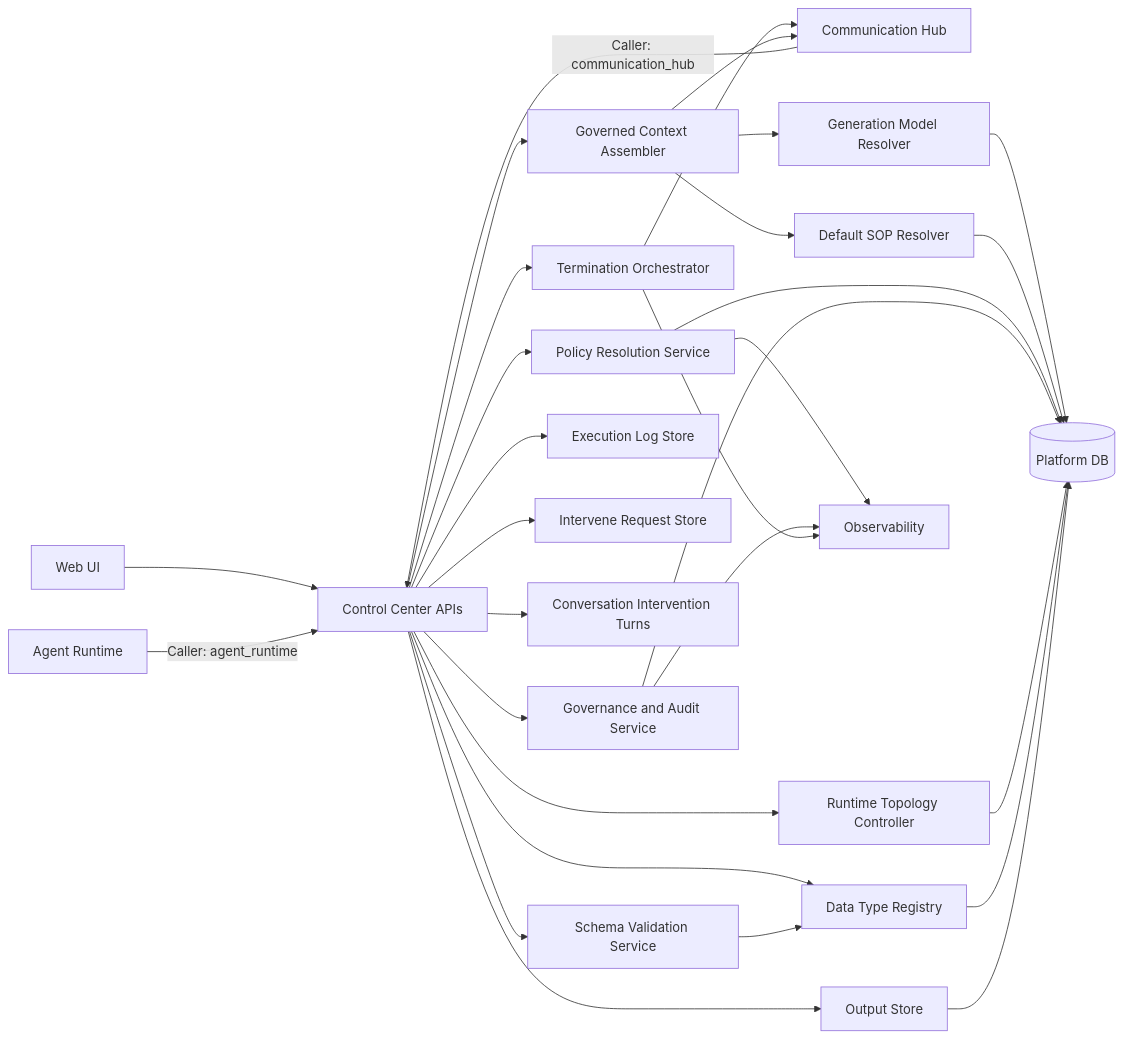
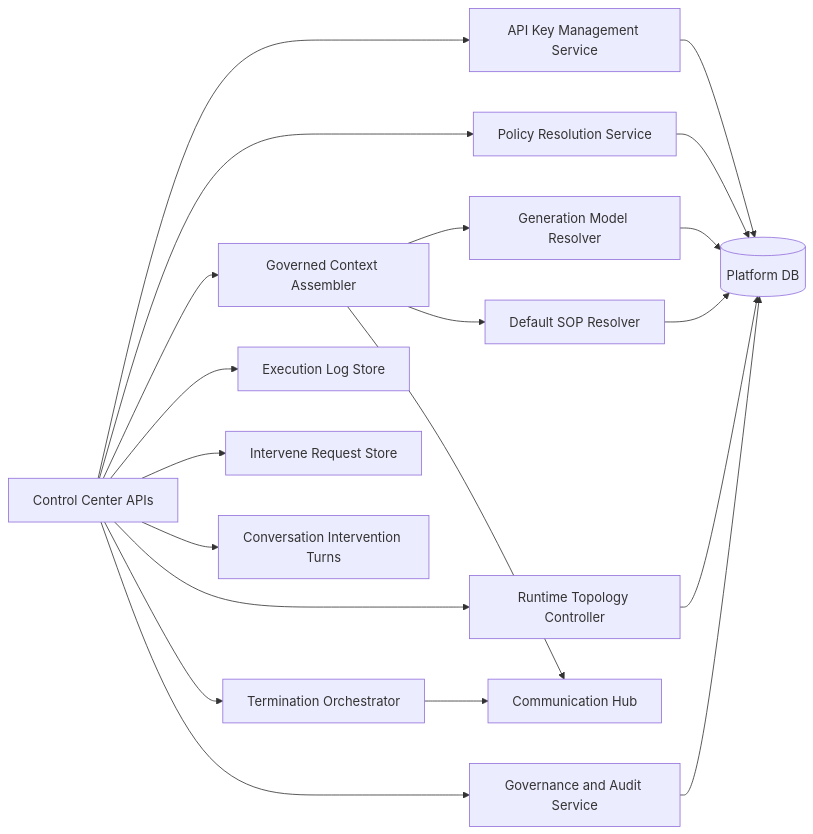
One commit to hurungang/parthenon changed the second of 5 diagrams in docs/master/architecture/modules/control-center/architecture.md. Above: the diagram before and after it, drawn with Mermaid. The commit also changed other lines of this file and 206 other files, not shown here.

````diff
--- a/docs/master/architecture/modules/control-center/architecture.md
+++ b/docs/master/architecture/modules/control-center/architecture.md
@@ -3,47 +33,37 @@
 ```mermaid
 flowchart LR
-    UI[Web UI]
-    CH[Communication Hub]
-    AR[Agent Runtime]
     API[Control Center APIs]
+    AKM[API Key Management Service]
     POL[Policy Resolution Service]
     CTX[Governed Context Assembler]
     CFG[Generation Model Resolver]
     SOP[Default SOP Resolver]
     GOV[Governance and Audit Service]
-    DTR[Data Type Registry]
-    OS[Output Store]
-    SV[Schema Validation Service]
+    ELS[Execution Log Store]
+    IRS[Intervene Request Store]
+    CIT[Conversation Intervention Turns]
+    TOPO[Runtime Topology Controller]
+    TERM[Termination Orchestrator]
+    CH[Communication Hub]
     DB[(Platform DB)]
-    OBS[Observability]
 
-    UI --> API
-    CH -->|Caller: communication_hub| API
-    AR -->|Caller: agent_runtime| API
+    API --> AKM
     API --> POL
     API --> CTX
-    API --> ELS[Execution Log Store]
-    API --> IRS[Intervene Request Store]
-    API --> CIT[Conversation Intervention Turns]
-    API --> TOPO[Runtime Topology Controller]
-    API --> TERM[Termination Orchestrator]
-    API --> DTR
-    API --> OS
-    API --> SV
+    API --> ELS
+    API --> IRS
+    API --> CIT
+    API --> TOPO
+    API --> TERM
+    API --> GOV
+    AKM --> DB
     CTX --> CFG
     CTX --> SOP
     CFG --> DB
     SOP --> DB
-    API --> GOV
     POL --> DB
     GOV --> DB
     TOPO --> DB
     TERM --> CH
     CTX --> CH
-    POL --> OBS
-    GOV --> OBS
-    TERM --> OBS
-    DTR --> DB
-    OS --> DB
-    SV --> DTR
 ```
````
